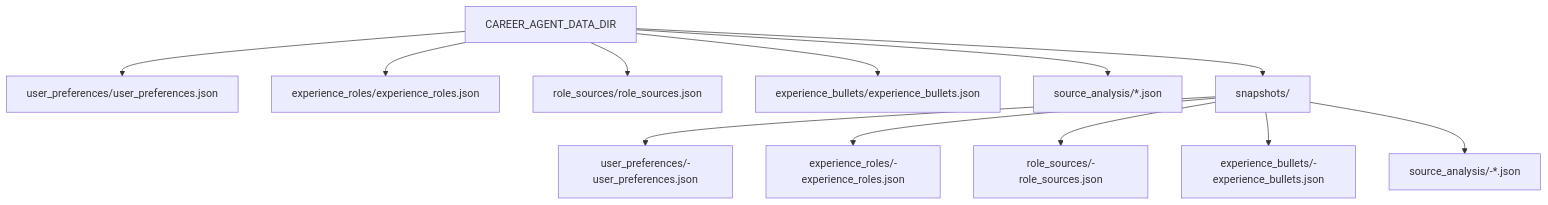
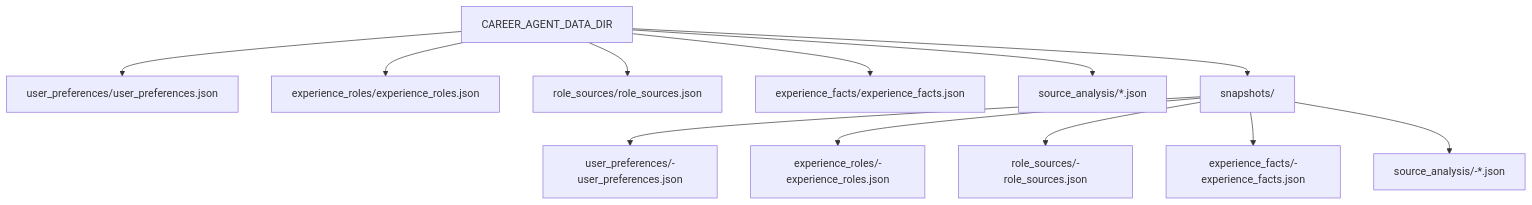
One commit to rsauers0/career-agent changed the eighth of 8 diagrams in docs/diagrams.md. Above: the diagram before and after it, drawn with Mermaid. The commit also changed other lines of this file and 20 other files, not shown here.

First line of the commit message:
Rename experience bullets to experience facts

````diff
--- a/docs/diagrams.md
+++ b/docs/diagrams.md
@@ -206,17 +206,17 @@
 ```mermaid
 flowchart TD
     DataDir["CAREER_AGENT_DATA_DIR"]
 
     DataDir --> Preferences["user_preferences/user_preferences.json"]
     DataDir --> Roles["experience_roles/experience_roles.json"]
     DataDir --> Sources["role_sources/role_sources.json"]
-    DataDir --> Bullets["experience_bullets/experience_bullets.json"]
+    DataDir --> Facts["experience_facts/experience_facts.json"]
     DataDir --> Analysis["source_analysis/*.json"]
     DataDir --> Snapshots["snapshots/"]
 
     Snapshots --> PreferenceSnapshots["user_preferences/<timestamp>-user_preferences.json"]
     Snapshots --> RoleSnapshots["experience_roles/<timestamp>-experience_roles.json"]
     Snapshots --> SourceSnapshots["role_sources/<timestamp>-role_sources.json"]
-    Snapshots --> BulletSnapshots["experience_bullets/<timestamp>-experience_bullets.json"]
+    Snapshots --> FactSnapshots["experience_facts/<timestamp>-experience_facts.json"]
     Snapshots --> AnalysisSnapshots["source_analysis/<timestamp>-*.json"]
 ```
````
